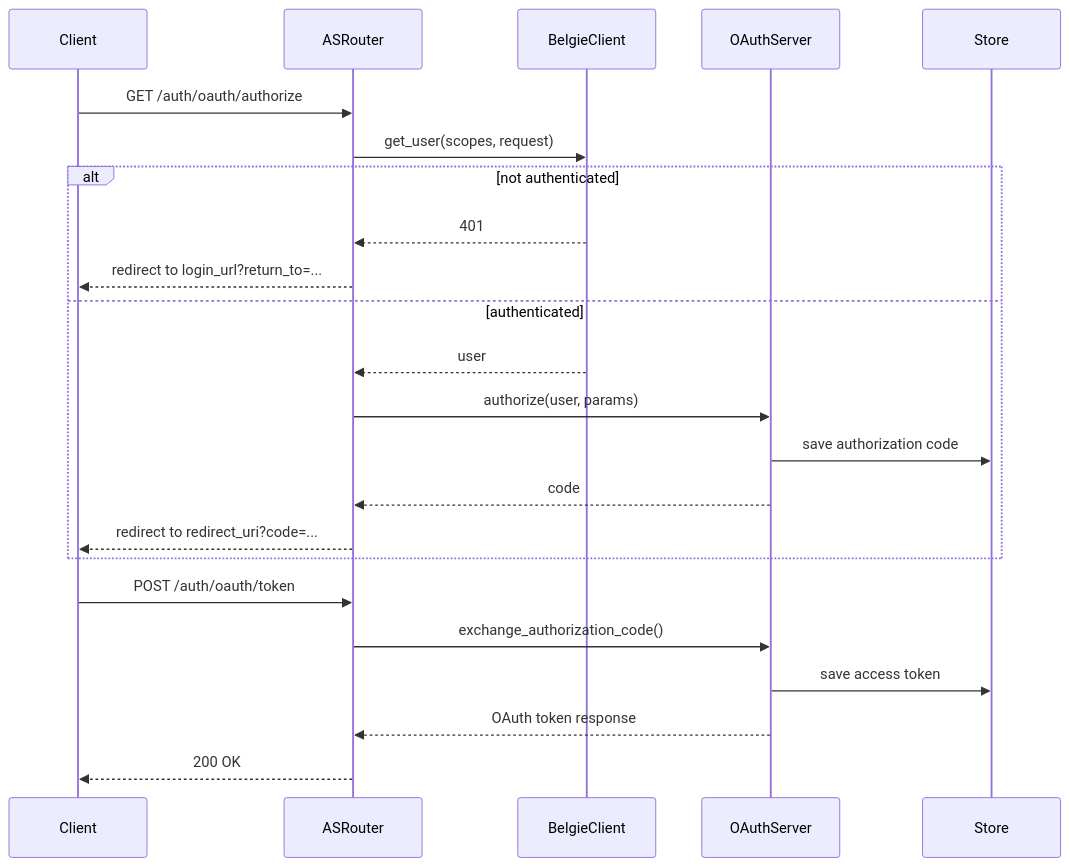
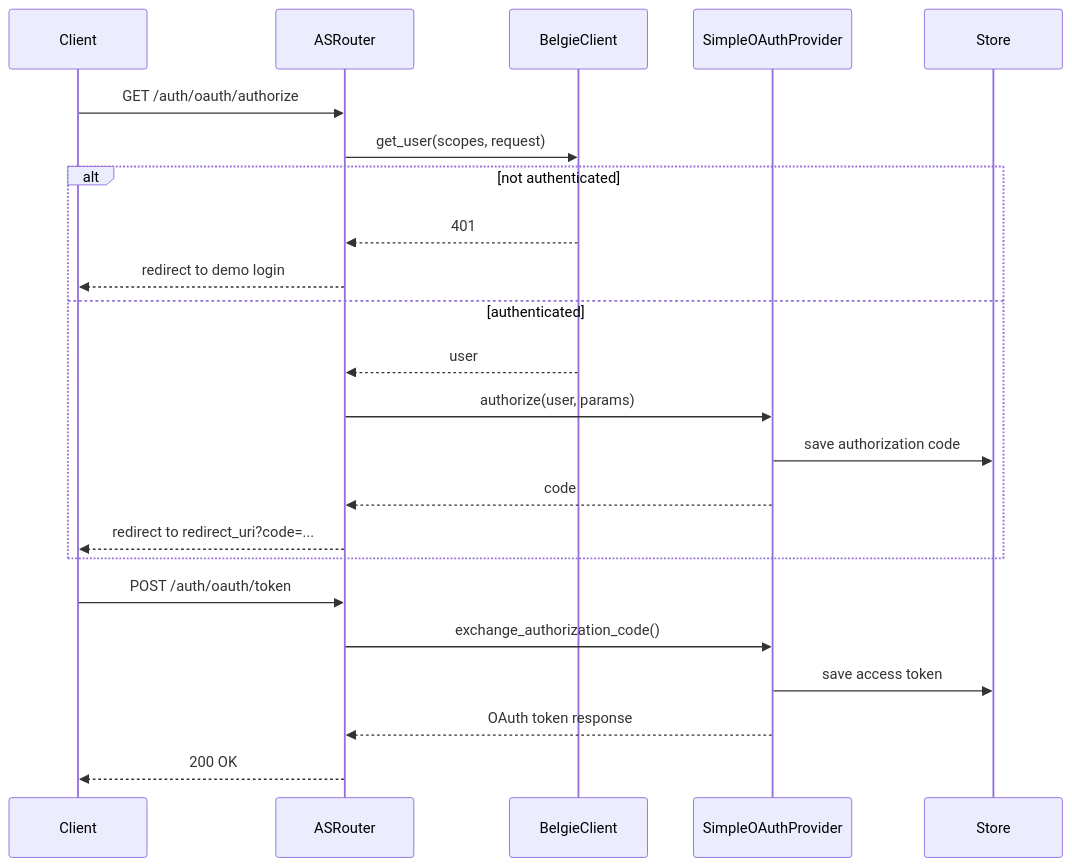
The second of 5 diagrams in design/010-belgie-oauth-auth-server.md (mplemay/belgie), drawn with Mermaid before and after one commit. The commit also changed other lines of this file and 8 other files, not shown here.

````diff
--- a/design/010-belgie-oauth-auth-server.md
+++ b/design/010-belgie-oauth-auth-server.md
@@ -94,26 +94,26 @@
 ```mermaid
 sequenceDiagram
     participant Client
     participant ASRouter
     participant BelgieClient
-    participant OAuthServer
+    participant SimpleOAuthProvider
     participant Store
 
     Client->>ASRouter: GET /auth/oauth/authorize
     ASRouter->>BelgieClient: get_user(scopes, request)
     alt not authenticated
         BelgieClient-->>ASRouter: 401
-        ASRouter-->>Client: redirect to login_url?return_to=...
+        ASRouter-->>Client: redirect to demo login
     else authenticated
         BelgieClient-->>ASRouter: user
-        ASRouter->>OAuthServer: authorize(user, params)
-        OAuthServer->>Store: save authorization code
-        OAuthServer-->>ASRouter: code
+        ASRouter->>SimpleOAuthProvider: authorize(user, params)
+        SimpleOAuthProvider->>Store: save authorization code
+        SimpleOAuthProvider-->>ASRouter: code
         ASRouter-->>Client: redirect to redirect_uri?code=...
     end
     Client->>ASRouter: POST /auth/oauth/token
-    ASRouter->>OAuthServer: exchange_authorization_code()
-    OAuthServer->>Store: save access token
-    OAuthServer-->>ASRouter: OAuth token response
+    ASRouter->>SimpleOAuthProvider: exchange_authorization_code()
+    SimpleOAuthProvider->>Store: save access token
+    SimpleOAuthProvider-->>ASRouter: OAuth token response
     ASRouter-->>Client: 200 OK
 ```
````
